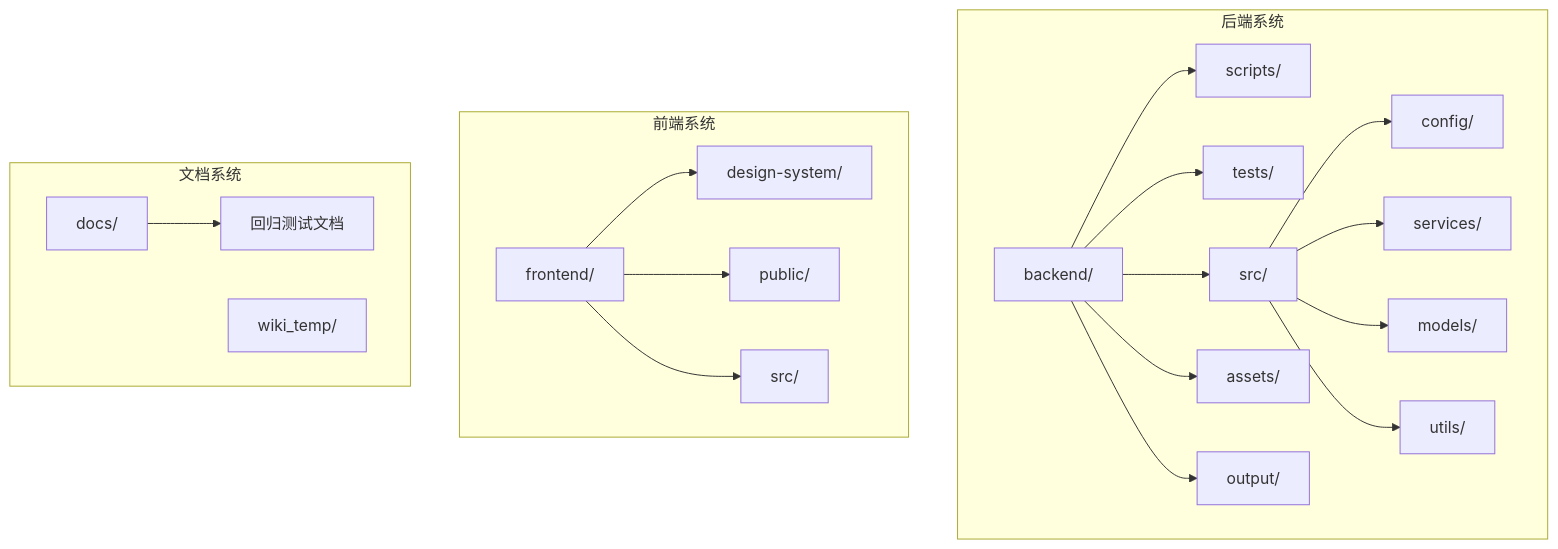
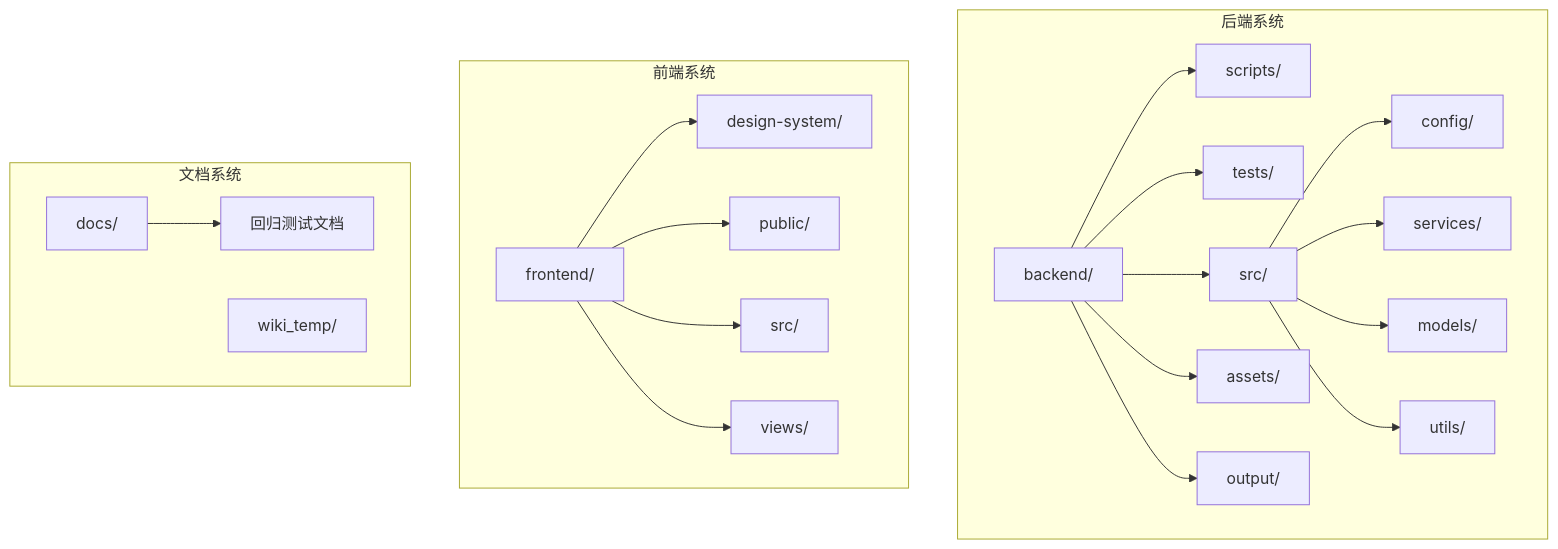
One commit to SY6621/POD-Order-Management changed the first of 50 diagrams in .qoder/repowiki/zh/content/开发指南/测试与开发工具/测试与开发工具.md. Above: the diagram before and after it, drawn with Mermaid. The commit also changed other lines of this file and 15 other files, not shown here.

````diff
--- a/.qoder/repowiki/zh/content/开发指南/测试与开发工具/测试与开发工具.md
+++ b/.qoder/repowiki/zh/content/开发指南/测试与开发工具/测试与开发工具.md
@@ -107,39 +122,41 @@
 ```mermaid
 graph TB
 subgraph "后端系统"
 Backend[backend/]
 Scripts[scripts/]
 Tests[tests/]
 Src[src/]
 Config[config/]
 Services[services/]
 Models[models/]
 Utils[utils/]
 Assets[assets/]
 Output[output/]
 end
 subgraph "前端系统"
 Frontend[frontend/]
 DesignSystem[design-system/]
 Public[public/]
 SrcFront[src/]
+Views[views/]
 end
 subgraph "文档系统"
 Docs[docs/]
 WikiTemp[wiki_temp/]
 RegressionTest[回归测试文档]
 end
 Backend --> Scripts
 Backend --> Tests
 Backend --> Src
 Src --> Config
 Src --> Services
 Src --> Models
 Src --> Utils
 Backend --> Assets
 Backend --> Output
 Frontend --> DesignSystem
 Frontend --> Public
 Frontend --> SrcFront
+Frontend --> Views
 Docs --> RegressionTest
 ```
````
